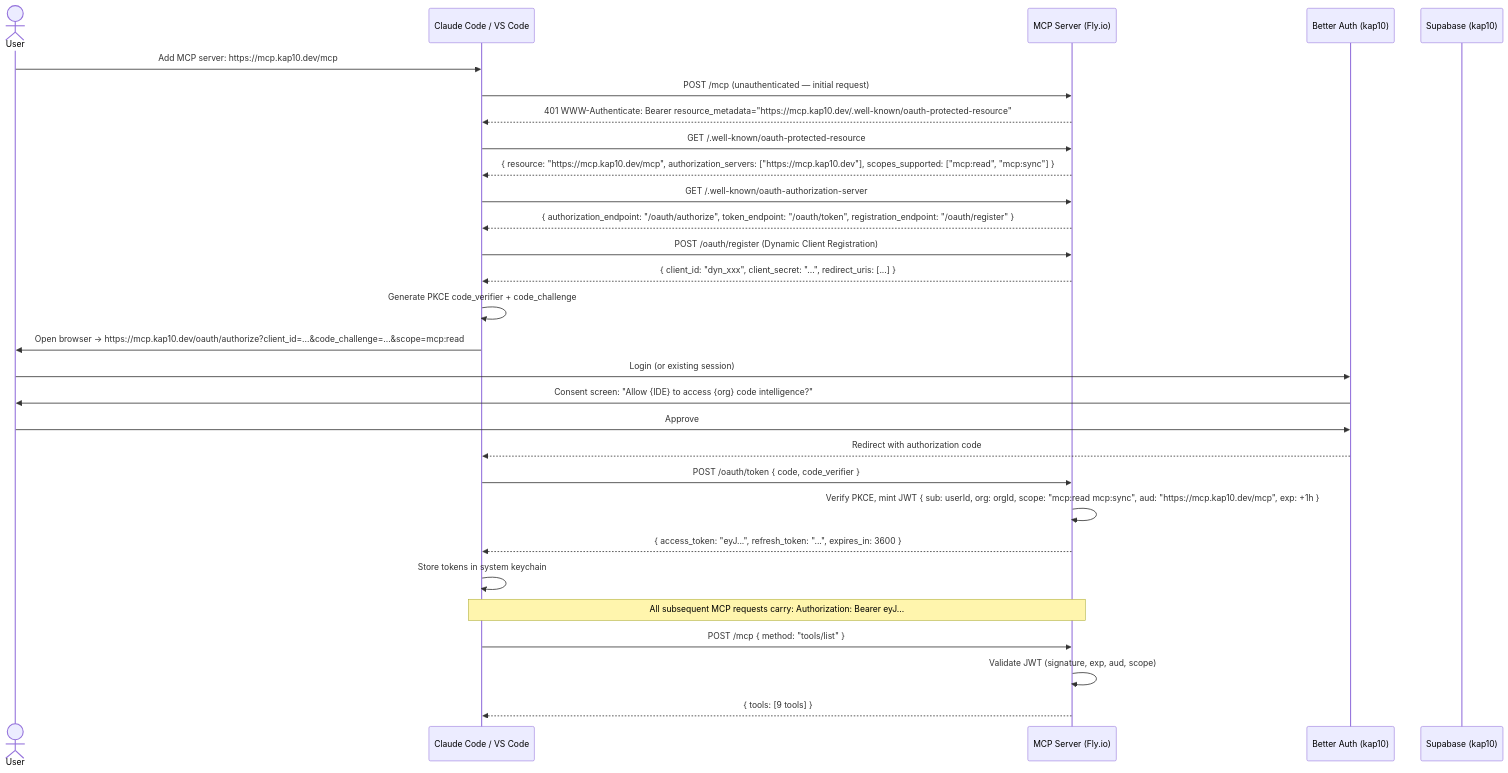
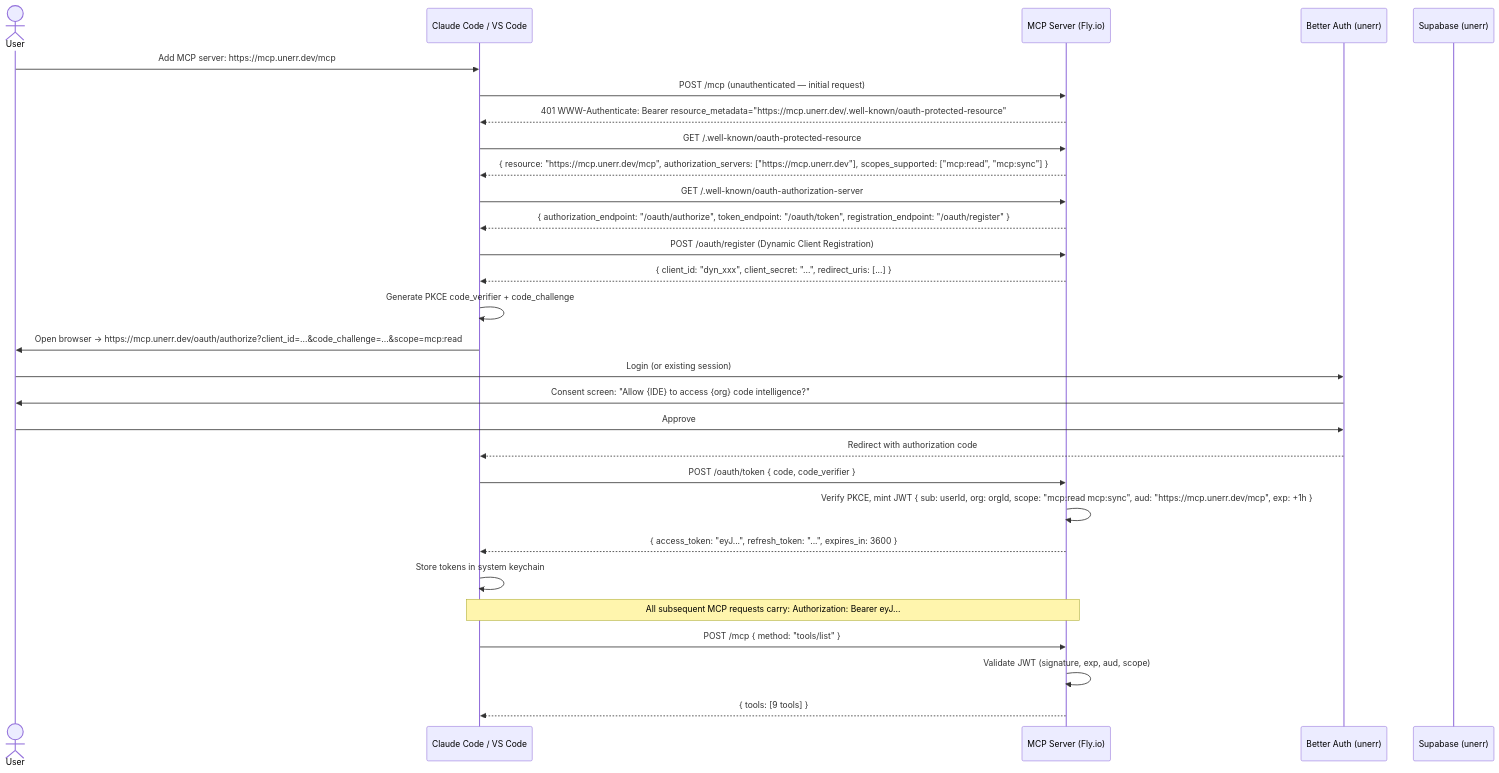
The first of 5 diagrams in docs/architecture/PHASE_2_HOSTED_MCP_SERVER.md (AutoRail-AI/kap10-server), drawn with Mermaid before and after one commit. The commit also changed other lines of this file and 157 other files, not shown here.

````diff
--- a/docs/architecture/PHASE_2_HOSTED_MCP_SERVER.md
+++ b/docs/architecture/PHASE_2_HOSTED_MCP_SERVER.md
@@ -79,40 +79,40 @@
 ```mermaid
 sequenceDiagram
     actor User
     participant IDE as Claude Code / VS Code
     participant MCP as MCP Server (Fly.io)
-    participant BetterAuth as Better Auth (kap10)
-    participant Supabase as Supabase (kap10)
+    participant BetterAuth as Better Auth (unerr)
+    participant Supabase as Supabase (unerr)
 
-    User->>IDE: Add MCP server: https://mcp.kap10.dev/mcp
+    User->>IDE: Add MCP server: https://mcp.unerr.dev/mcp
     IDE->>MCP: POST /mcp (unauthenticated — initial request)
-    MCP-->>IDE: 401 WWW-Authenticate: Bearer resource_metadata="https://mcp.kap10.dev/.well-known/oauth-protected-resource"
+    MCP-->>IDE: 401 WWW-Authenticate: Bearer resource_metadata="https://mcp.unerr.dev/.well-known/oauth-protected-resource"
 
     IDE->>MCP: GET /.well-known/oauth-protected-resource
-    MCP-->>IDE: { resource: "https://mcp.kap10.dev/mcp", authorization_servers: ["https://mcp.kap10.dev"], scopes_supported: ["mcp:read", "mcp:sync"] }
+    MCP-->>IDE: { resource: "https://mcp.unerr.dev/mcp", authorization_servers: ["https://mcp.unerr.dev"], scopes_supported: ["mcp:read", "mcp:sync"] }
 
     IDE->>MCP: GET /.well-known/oauth-authorization-server
     MCP-->>IDE: { authorization_endpoint: "/oauth/authorize", token_endpoint: "/oauth/token", registration_endpoint: "/oauth/register" }
 
     IDE->>MCP: POST /oauth/register (Dynamic Client Registration)
     MCP-->>IDE: { client_id: "dyn_xxx", client_secret: "...", redirect_uris: [...] }
 
     IDE->>IDE: Generate PKCE code_verifier + code_challenge
-    IDE->>User: Open browser → https://mcp.kap10.dev/oauth/authorize?client_id=...&code_challenge=...&scope=mcp:read
+    IDE->>User: Open browser → https://mcp.unerr.dev/oauth/authorize?client_id=...&code_challenge=...&scope=mcp:read
 
     User->>BetterAuth: Login (or existing session)
     BetterAuth->>User: Consent screen: "Allow {IDE} to access {org} code intelligence?"
     User->>BetterAuth: Approve
     BetterAuth-->>IDE: Redirect with authorization code
 
     IDE->>MCP: POST /oauth/token { code, code_verifier }
-    MCP->>MCP: Verify PKCE, mint JWT { sub: userId, org: orgId, scope: "mcp:read mcp:sync", aud: "https://mcp.kap10.dev/mcp", exp: +1h }
+    MCP->>MCP: Verify PKCE, mint JWT { sub: userId, org: orgId, scope: "mcp:read mcp:sync", aud: "https://mcp.unerr.dev/mcp", exp: +1h }
     MCP-->>IDE: { access_token: "eyJ...", refresh_token: "...", expires_in: 3600 }
 
     IDE->>IDE: Store tokens in system keychain
 
     Note over IDE,MCP: All subsequent MCP requests carry: Authorization: Bearer eyJ...
     IDE->>MCP: POST /mcp { method: "tools/list" }
     MCP->>MCP: Validate JWT (signature, exp, aud, scope)
     MCP-->>IDE: { tools: [9 tools] }
 ```
````
